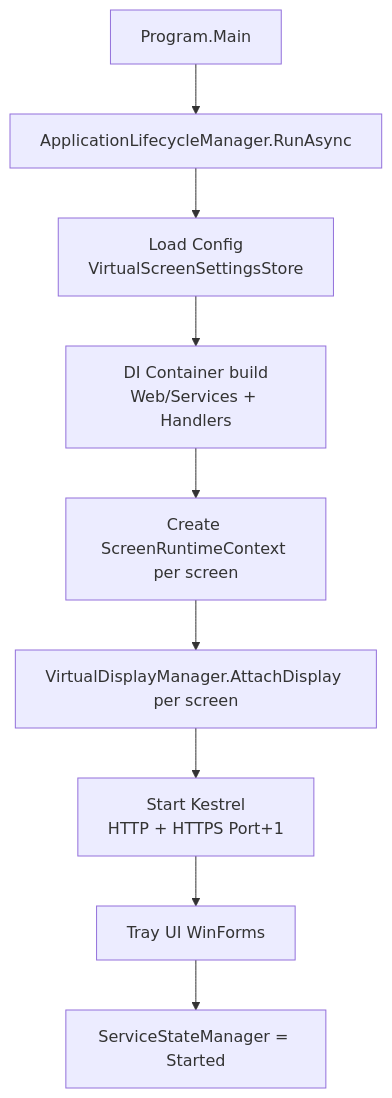
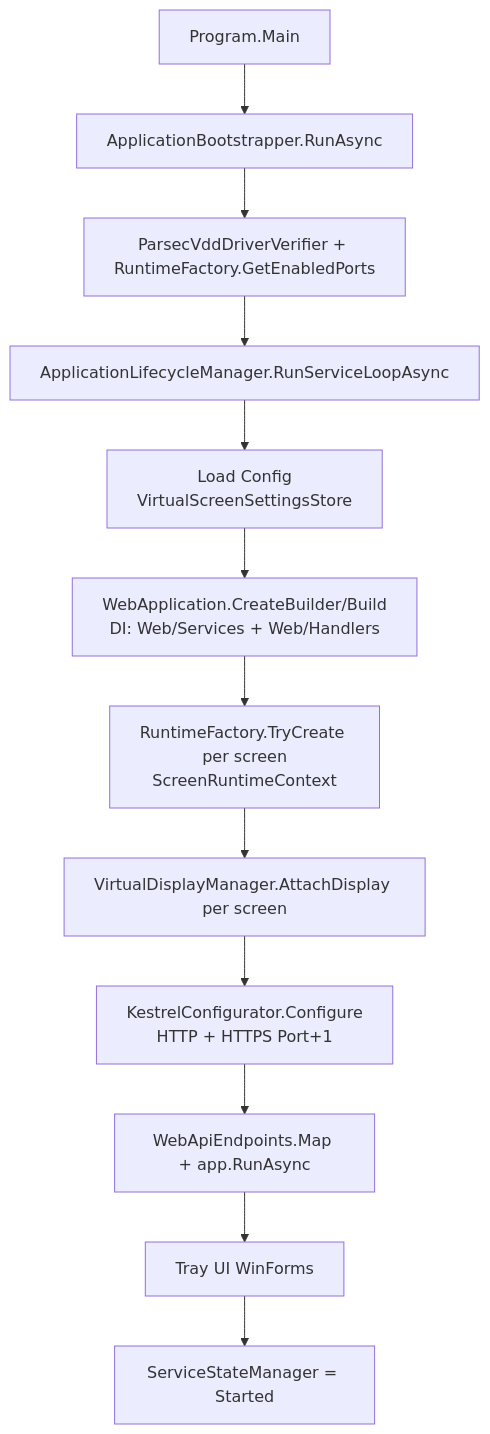
Before and after one commit to quiro90/VirtualWebDisplay: the diagram in VirtualWebDisplay/Flujos/Arranque del Sistema.md, drawn with Mermaid. The commit also changed other lines of this file and 24 other files, not shown here.

Commit message:
documentacion virtual web

````diff
--- a/VirtualWebDisplay/Flujos/Arranque del Sistema.md
+++ b/VirtualWebDisplay/Flujos/Arranque del Sistema.md
@@ -14,11 +14,14 @@
 ```mermaid
 flowchart TD
-    A[Program.Main] --> B[ApplicationLifecycleManager.RunAsync]
-    B --> C[Load Config<br/>VirtualScreenSettingsStore]
-    C --> D[DI Container build<br/>Web/Services + Handlers]
-    D --> E[Create ScreenRuntimeContext per screen]
-    E --> F[VirtualDisplayManager.AttachDisplay per screen]
-    F --> G[Start Kestrel<br/>HTTP + HTTPS Port+1]
-    G --> H[Tray UI WinForms]
-    H --> I[ServiceStateManager = Started]
+    A[Program.Main] --> B[ApplicationBootstrapper.RunAsync]
+    B --> C[ParsecVddDriverVerifier + RuntimeFactory.GetEnabledPorts]
+    C --> D[ApplicationLifecycleManager.RunServiceLoopAsync]
+    D --> E[Load Config<br/>VirtualScreenSettingsStore]
+    E --> F[WebApplication.CreateBuilder/Build<br/>DI: Web/Services + Web/Handlers]
+    F --> G[RuntimeFactory.TryCreate per screen<br/>ScreenRuntimeContext]
+    G --> H[VirtualDisplayManager.AttachDisplay per screen]
+    H --> I[KestrelConfigurator.Configure<br/>HTTP + HTTPS Port+1]
+    I --> J[WebApiEndpoints.Map + app.RunAsync]
+    J --> K[Tray UI WinForms]
+    K --> L[ServiceStateManager = Started]
 ```
````
